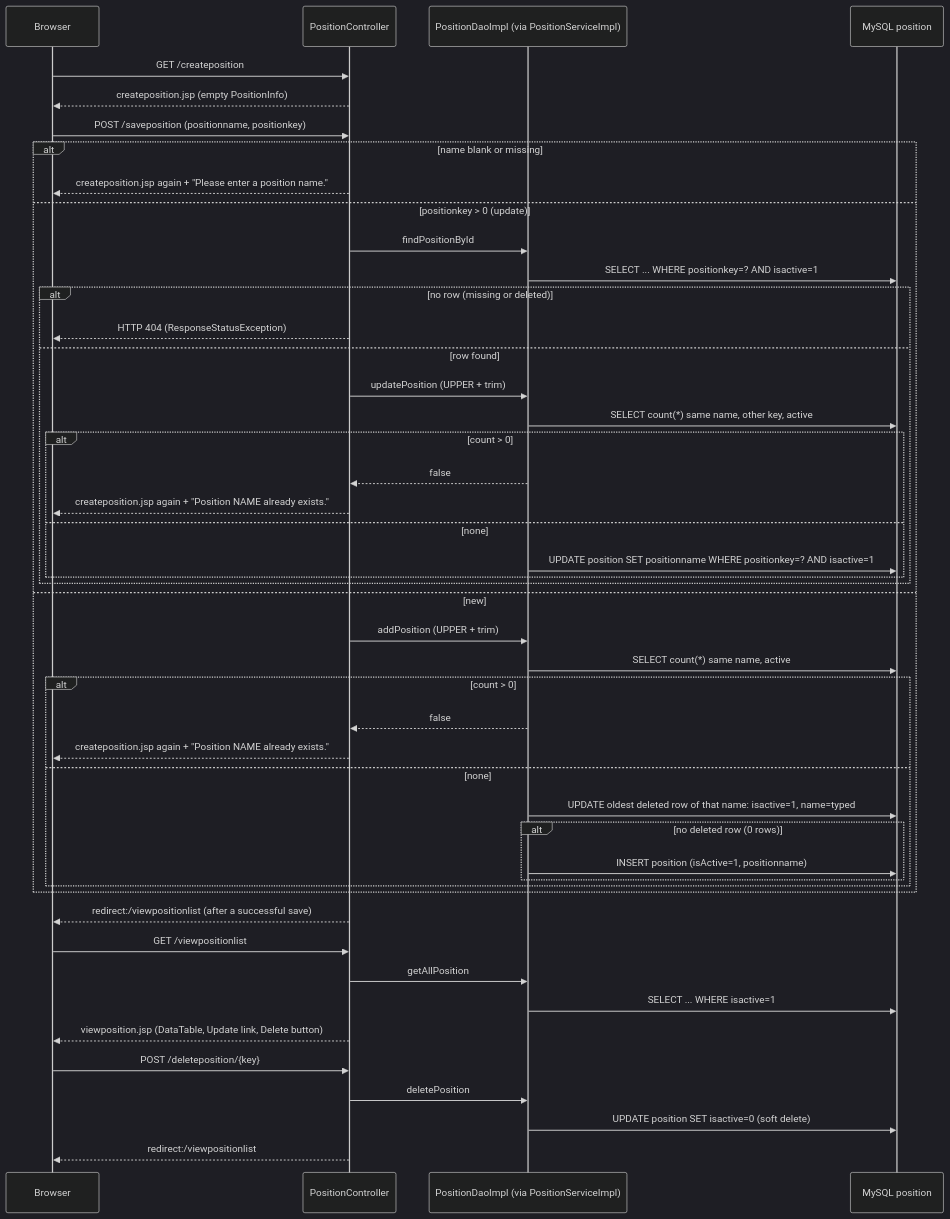
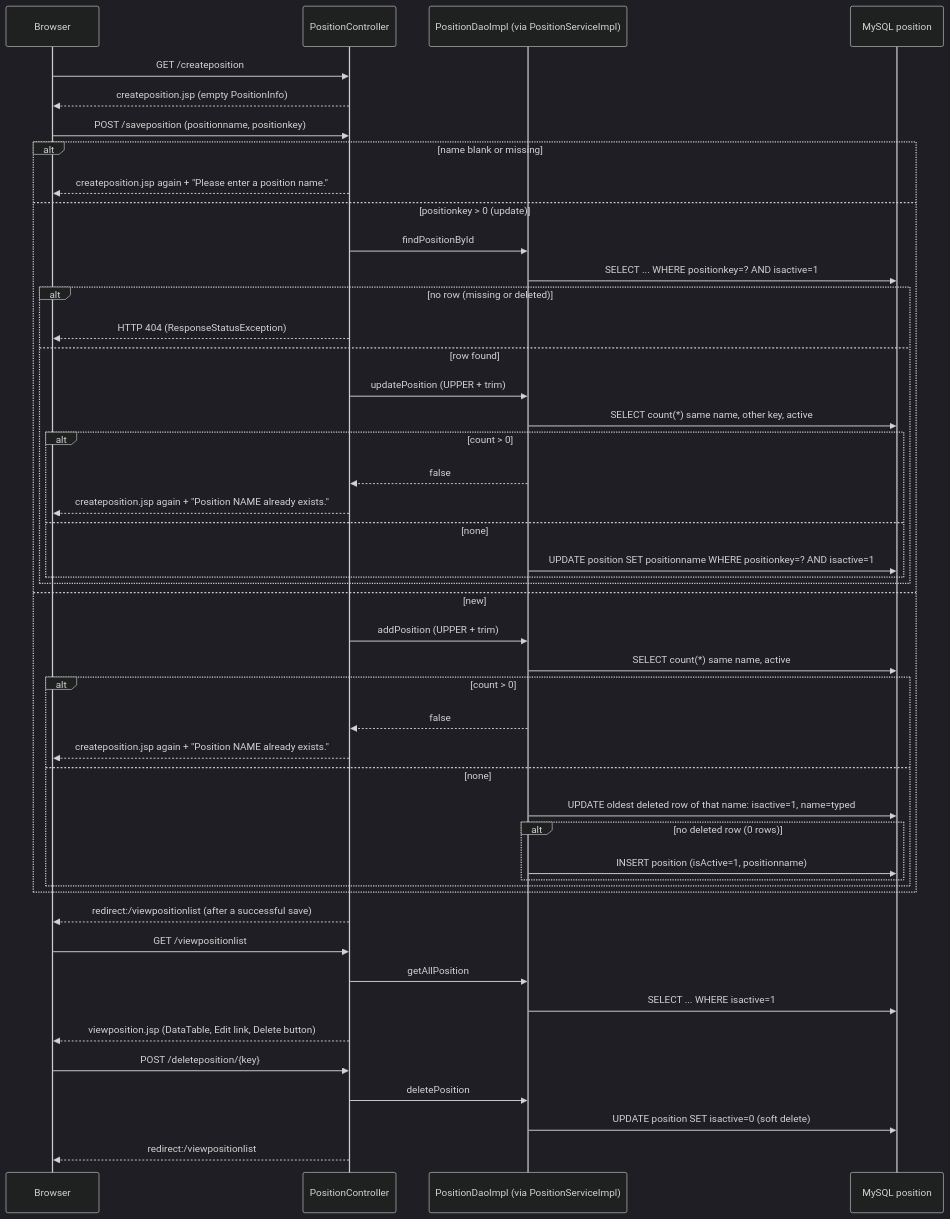
The diagram in docs/business-flows/masters.md (rafitsabbir/RMS), drawn with Mermaid (dark theme) before and after one commit. The commit also changed other lines of this file and 38 other files, not shown here.

````diff
--- a/docs/business-flows/masters.md
+++ b/docs/business-flows/masters.md
@@ -11,49 +11,49 @@
 ```mermaid
 sequenceDiagram
   participant B as Browser
   participant C as PositionController
   participant D as PositionDaoImpl (via PositionServiceImpl)
   participant DB as MySQL position
   B->>C: GET /createposition
   C-->>B: createposition.jsp (empty PositionInfo)
   B->>C: POST /saveposition (positionname, positionkey)
   alt name blank or missing
     C-->>B: createposition.jsp again + "Please enter a position name."
   else positionkey > 0 (update)
     C->>D: findPositionById
     D->>DB: SELECT ... WHERE positionkey=? AND isactive=1
     alt no row (missing or deleted)
       C-->>B: HTTP 404 (ResponseStatusException)
     else row found
       C->>D: updatePosition (UPPER + trim)
       D->>DB: SELECT count(*) same name, other key, active
       alt count > 0
         D-->>C: false
         C-->>B: createposition.jsp again + "Position NAME already exists."
       else none
         D->>DB: UPDATE position SET positionname WHERE positionkey=? AND isactive=1
       end
     end
   else new
     C->>D: addPosition (UPPER + trim)
     D->>DB: SELECT count(*) same name, active
     alt count > 0
       D-->>C: false
       C-->>B: createposition.jsp again + "Position NAME already exists."
     else none
       D->>DB: UPDATE oldest deleted row of that name: isactive=1, name=typed
       alt no deleted row (0 rows)
         D->>DB: INSERT position (isActive=1, positionname)
       end
     end
   end
   C-->>B: redirect:/viewpositionlist (after a successful save)
   B->>C: GET /viewpositionlist
   C->>D: getAllPosition
   D->>DB: SELECT ... WHERE isactive=1
-  C-->>B: viewposition.jsp (DataTable, Update link, Delete button)
+  C-->>B: viewposition.jsp (DataTable, Edit link, Delete button)
   B->>C: POST /deleteposition/{key}
   C->>D: deletePosition
   D->>DB: UPDATE position SET isactive=0 (soft delete)
   C-->>B: redirect:/viewpositionlist
 ```
````
